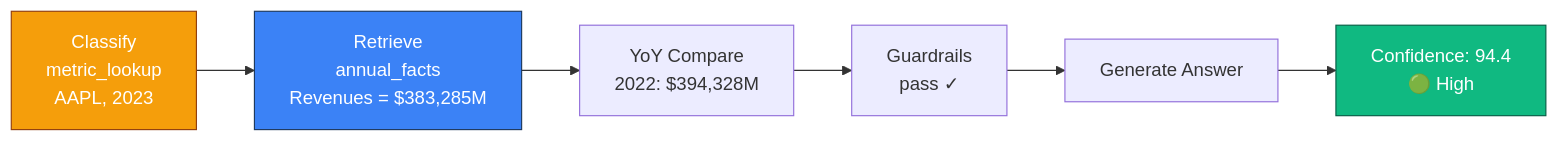
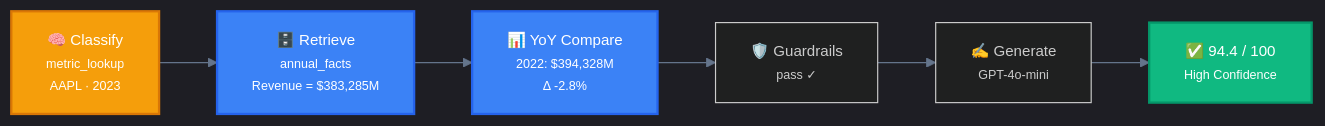
One commit to bhattaraisubal-eng/sec-intelligence-system changed the first of 3 diagrams in docs/retrieval-routes.md. Above: the diagram before and after it, drawn with Mermaid. The commit also changed other lines of this file and 3 other files, not shown here.

First line of the commit message:
Upgrade all Mermaid diagrams with dark theme, subgraphs, and consistent styling

````diff
--- a/docs/retrieval-routes.md
+++ b/docs/retrieval-routes.md
@@ -170,12 +170,20 @@
 ```mermaid
+%%{init: {'theme': 'dark', 'themeVariables': {'primaryColor': '#1e293b', 'primaryBorderColor': '#475569', 'lineColor': '#64748b', 'fontFamily': 'ui-monospace, monospace', 'fontSize': '13px'}}}%%
 graph LR
-    A["Classify<br/>metric_lookup<br/>AAPL, 2023"] --> B["Retrieve<br/>annual_facts<br/>Revenues = $383,285M"]
-    B --> C["YoY Compare<br/>2022: $394,328M"]
-    C --> D["Guardrails<br/>pass ✓"]
-    D --> E["Generate Answer"]
-    E --> F["Confidence: 94.4<br/>🟢 High"]
+    A["🧠 Classify<br/><small>metric_lookup</small><br/><small>AAPL · 2023</small>"]
+    B["🗄️ Retrieve<br/><small>annual_facts</small><br/><small>Revenue = $383,285M</small>"]
+    C["📊 YoY Compare<br/><small>2022: $394,328M</small><br/><small>Δ -2.8%</small>"]
+    D["🛡️ Guardrails<br/><small>pass ✓</small>"]
+    E["✍️ Generate<br/><small>GPT-4o-mini</small>"]
+    F["✅ 94.4 / 100<br/><small>High Confidence</small>"]
 
-    style A fill:#f59e0b,stroke:#92400e,color:#fff
-    style B fill:#3b82f6,stroke:#1e3a5f,color:#fff
-    style F fill:#10b981,stroke:#065f46,color:#fff
+    A --> B --> C --> D --> E --> F
+
+    classDef classify fill:#f59e0b,stroke:#d97706,color:#fff,stroke-width:2px
+    classDef data fill:#3b82f6,stroke:#2563eb,color:#fff,stroke-width:2px
+    classDef output fill:#10b981,stroke:#059669,color:#fff,stroke-width:2px
+
+    class A classify
+    class B,C data
+    class F output
 ```
````
